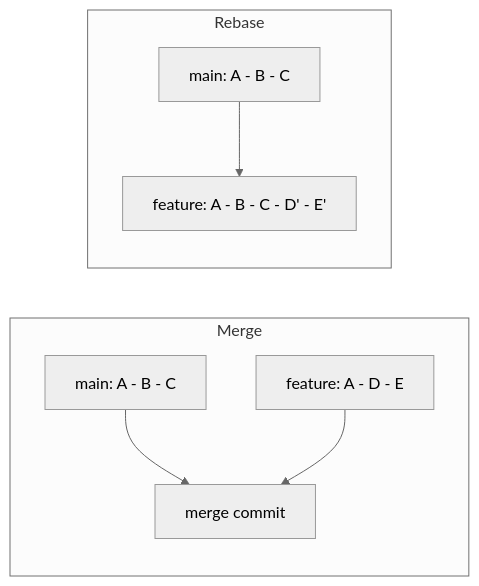
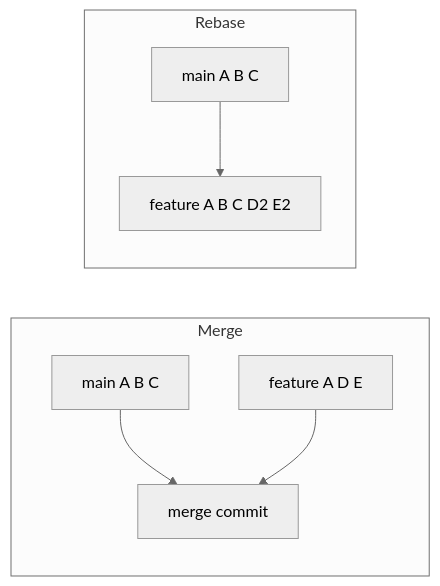
Before and after one commit to AthiraMohan14/Complete-Java-Resource-PlayBook: the diagram in docs/learning/17-cicd/git-pull-merge-rebase.md, drawn with Mermaid (neutral theme). The commit also changed other lines of this file and 174 other files, not shown here.

````diff
--- a/docs/learning/17-cicd/git-pull-merge-rebase.md
+++ b/docs/learning/17-cicd/git-pull-merge-rebase.md
@@ -67,10 +74,10 @@
 ```mermaid
 flowchart LR
     subgraph Merge
-    M1[main: A - B - C] --> M3[merge commit]
-    F1[feature: A - D - E] --> M3
+    M1[main A B C] --> M3[merge commit]
+    F1[feature A D E] --> M3
     end
     subgraph Rebase
-    R1[main: A - B - C] --> R2[feature: A - B - C - D' - E']
+    R1[main A B C] --> R2[feature A B C D2 E2]
     end
 ```
````
